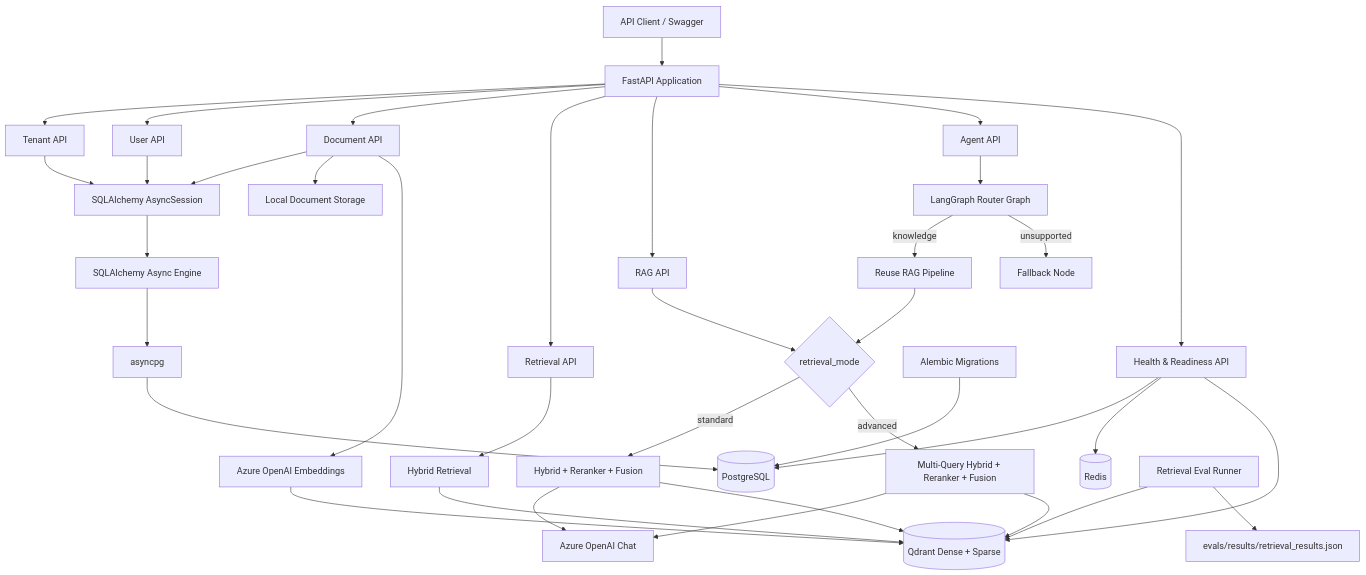
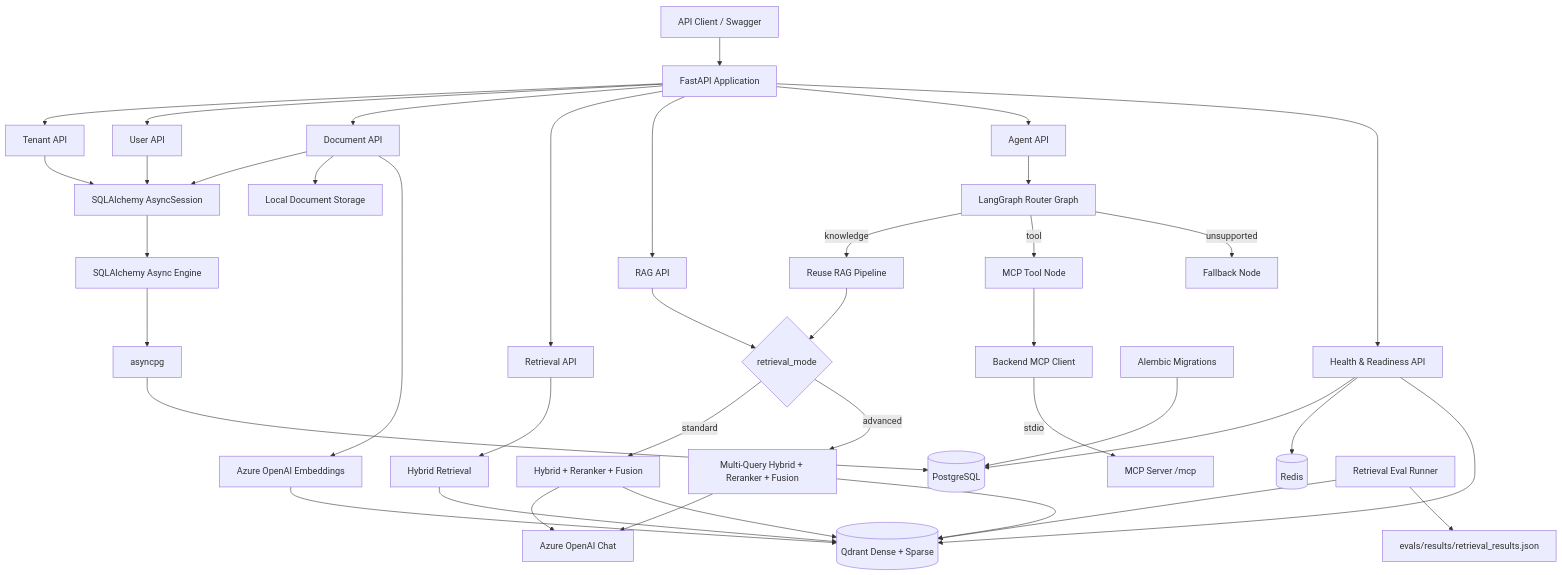
Before and after one commit to kkureli/enterprise-agentic-ai-platform: the first of 4 diagrams in docs/architecture.md, drawn with Mermaid. The commit also changed other lines of this file and 15 other files, not shown here.

Commit message:
feat: add MCP enterprise tool integration

````diff
--- a/docs/architecture.md
+++ b/docs/architecture.md
@@ -10,50 +11,53 @@
 ```mermaid
 flowchart TD
     Client[API Client / Swagger]
 
     Client --> FastAPI[FastAPI Application]
 
     FastAPI --> TenantAPI[Tenant API]
     FastAPI --> UserAPI[User API]
     FastAPI --> DocumentAPI[Document API]
     FastAPI --> RetrievalAPI[Retrieval API]
     FastAPI --> RagAPI[RAG API]
     FastAPI --> AgentAPI[Agent API]
     FastAPI --> HealthAPI[Health & Readiness API]
 
     TenantAPI --> Session[SQLAlchemy AsyncSession]
     UserAPI --> Session
     DocumentAPI --> Session
 
     Session --> Engine[SQLAlchemy Async Engine]
     Engine --> AsyncPG[asyncpg]
     AsyncPG --> PostgreSQL[(PostgreSQL)]
 
     DocumentAPI --> Storage[Local Document Storage]
     DocumentAPI --> Embed[Azure OpenAI Embeddings]
     Embed --> Qdrant[(Qdrant Dense + Sparse)]
 
     RetrievalAPI --> Hybrid[Hybrid Retrieval]
     RagAPI --> Mode{retrieval_mode}
     Mode -->|standard| HybridRerank[Hybrid + Reranker + Fusion]
     Mode -->|advanced| MultiQuery[Multi-Query Hybrid + Reranker + Fusion]
     HybridRerank --> Chat[Azure OpenAI Chat]
     MultiQuery --> Chat
 
     AgentAPI --> Graph[LangGraph Router Graph]
     Graph -->|knowledge| RagReuse[Reuse RAG Pipeline]
+    Graph -->|tool| MCPToolNode[MCP Tool Node]
     Graph -->|unsupported| Fallback[Fallback Node]
     RagReuse --> Mode
+    MCPToolNode --> MCPClient[Backend MCP Client]
+    MCPClient -->|stdio| MCPServer[MCP Server /mcp]
 
     Hybrid --> Qdrant
     HybridRerank --> Qdrant
     MultiQuery --> Qdrant
 
     HealthAPI --> PostgreSQL
     HealthAPI --> Redis[(Redis)]
     HealthAPI --> Qdrant
 
     Alembic[Alembic Migrations] --> PostgreSQL
     Evals[Retrieval Eval Runner] --> Qdrant
     Evals --> Results[evals/results/retrieval_results.json]
 ```
````
